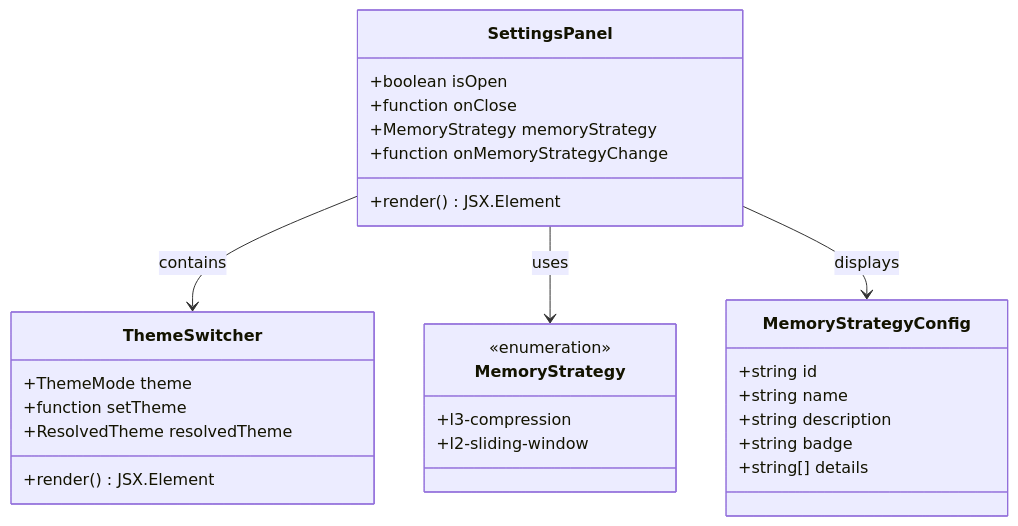
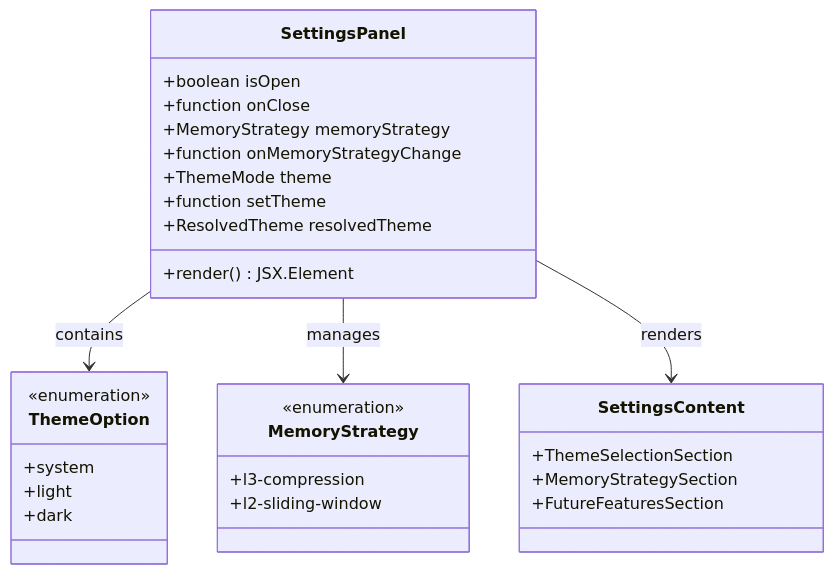
One commit to CryptoLinxu/Web3-AI-Agent changed the third of 10 diagrams in .qoder/repowiki/zh/content/项目概述/整体架构概览/Web应用程序/设置面板组件.md. Above: the diagram before and after it, drawn with Mermaid. The commit also changed other lines of this file and 11 other files, not shown here.

````diff
--- a/.qoder/repowiki/zh/content/项目概述/整体架构概览/Web应用程序/设置面板组件.md
+++ b/.qoder/repowiki/zh/content/项目概述/整体架构概览/Web应用程序/设置面板组件.md
@@ -190,31 +178,32 @@
 ```mermaid
 classDiagram
 class SettingsPanel {
 +boolean isOpen
 +function onClose
 +MemoryStrategy memoryStrategy
 +function onMemoryStrategyChange
-+render() JSX.Element
-}
-class ThemeSwitcher {
 +ThemeMode theme
 +function setTheme
 +ResolvedTheme resolvedTheme
 +render() JSX.Element
+}
+class ThemeOption {
+<<enumeration>>
++system
++light
++dark
 }
 class MemoryStrategy {
 <<enumeration>>
 +l3-compression
 +l2-sliding-window
 }
-class MemoryStrategyConfig {
-+string id
-+string name
-+string description
-+string badge
-+string[] details
+class SettingsContent {
++ThemeSelectionSection
++MemoryStrategySection
++FutureFeaturesSection
 }
-SettingsPanel --> ThemeSwitcher : contains
-SettingsPanel --> MemoryStrategy : uses
-SettingsPanel --> MemoryStrategyConfig : displays
+SettingsPanel --> ThemeOption : contains
+SettingsPanel --> MemoryStrategy : manages
+SettingsPanel --> SettingsContent : renders
 ```
````
